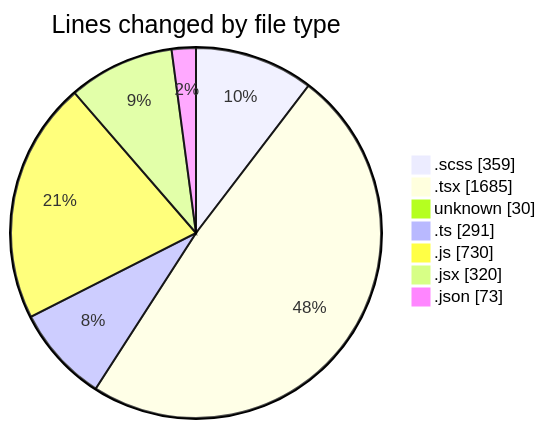
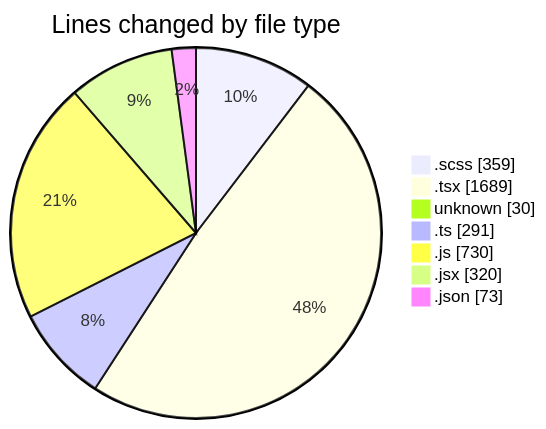
One commit to momahboobian/code-tracking changed the first of 2 diagrams in 2025-03-05/cda/README.md. Above: the diagram before and after it, drawn with Mermaid. The commit also changed other lines of this file and 1 other file, not shown here.

````diff
--- a/2025-03-05/cda/README.md
+++ b/2025-03-05/cda/README.md
@@ -45,11 +45,11 @@
 ```mermaid
 pie showData
 title Lines changed by file type
 ".scss" : 359
-".tsx" : 1685
+".tsx" : 1689
 "unknown" : 30
 ".ts" : 291
 ".js" : 730
 ".jsx" : 320
 ".json" : 73
 ```
````
